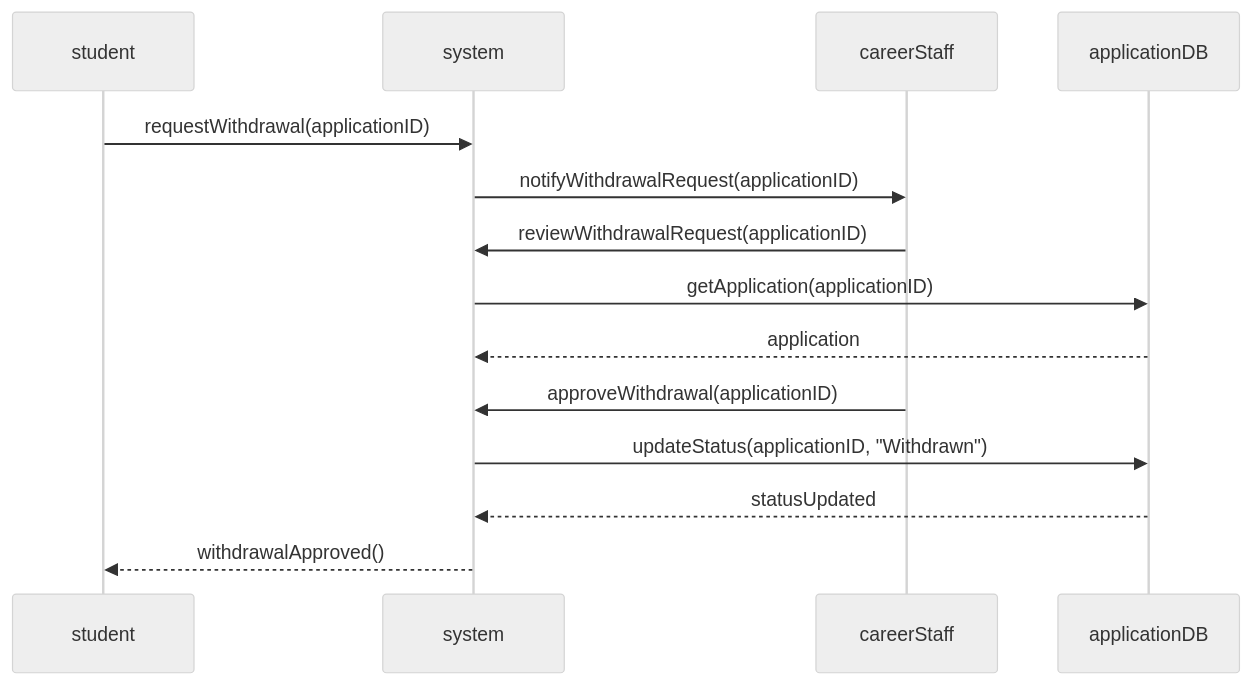
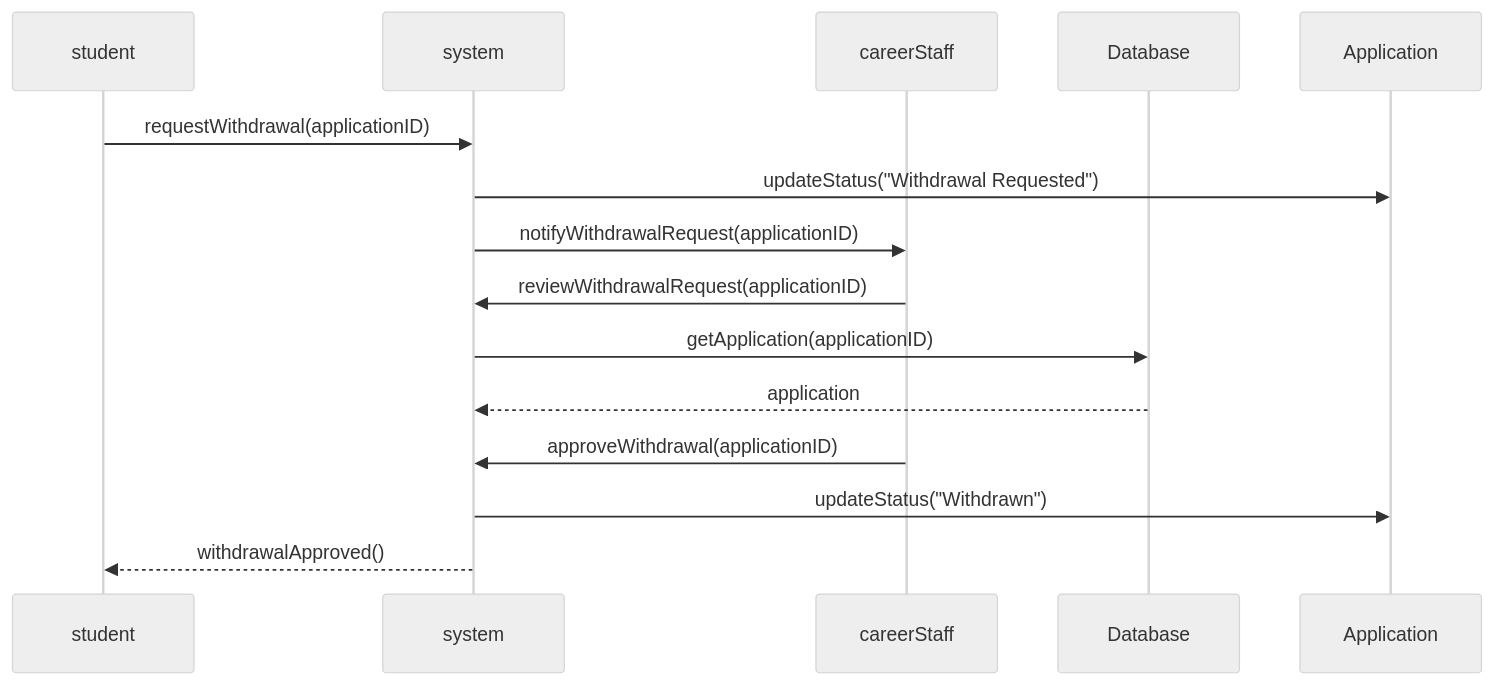
Before and after one commit to AY25-26-Sem-1-SC2002-SDDA-Group-1/sc2002-oop-assignment: the fifth of 8 diagrams in README.md, drawn with Mermaid (neutral theme). The commit also changed other lines of this file, not shown here.

Commit message:
Updated UML diagrams with helper I/O Class

````diff
--- a/README.md
+++ b/README.md
@@ -258,37 +378,35 @@
 ```mermaid
 sequenceDiagram
 
     participant student
 
     participant system
 
     participant careerStaff
 
-    participant applicationDB
+    participant Database
 
   
 
     student->>system: requestWithdrawal(applicationID)
+
+    system->>Application: updateStatus("Withdrawal Requested")
 
     system->>careerStaff: notifyWithdrawalRequest(applicationID)
 
   
 
     careerStaff->>system: reviewWithdrawalRequest(applicationID)
 
-    system->>applicationDB: getApplication(applicationID)
+    system->>Database: getApplication(applicationID)
 
-    applicationDB-->>system: application
+    Database-->>system: application
 
   
 
     careerStaff->>system: approveWithdrawal(applicationID)
 
-    system->>applicationDB: updateStatus(applicationID, "Withdrawn")
-
-    applicationDB-->>system: statusUpdated
-
-  
+    system->>Application: updateStatus("Withdrawn")
 
     system-->>student: withdrawalApproved()
 ```
````
